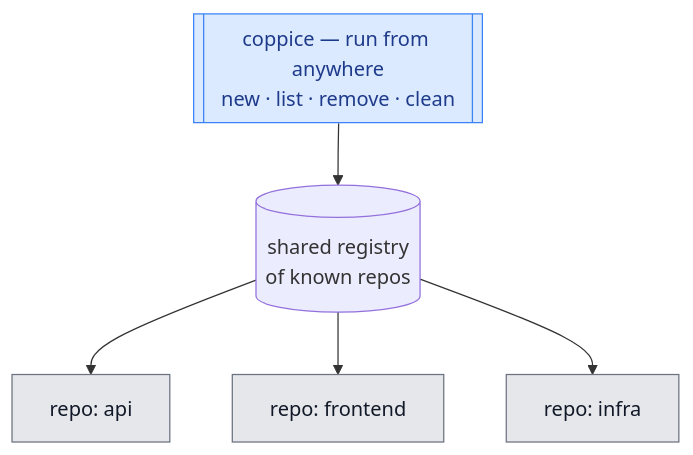
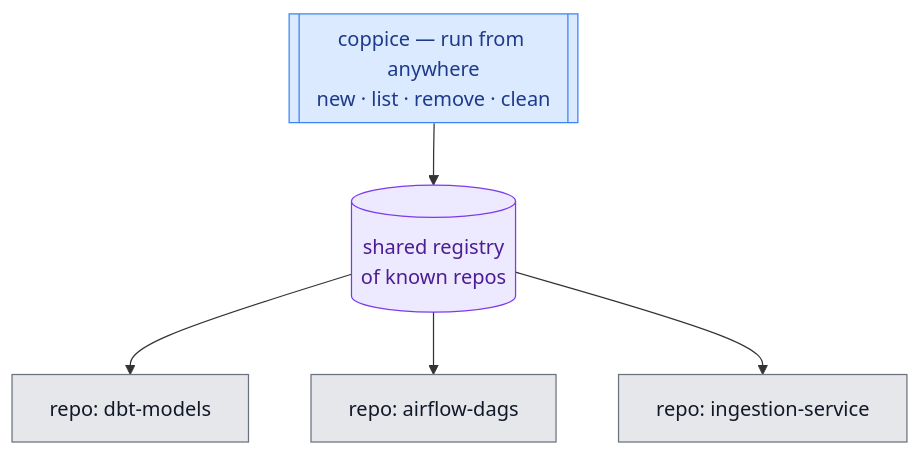
One commit to luiul/coppice changed the second of 2 diagrams in README.md. Above: the diagram before and after it, drawn with Mermaid. The commit also changed other lines of this file, not shown here.

First line of the commit message:
docs: use correct diagram shapes and data-engineering examples

````diff
--- a/README.md
+++ b/README.md
@@ -68,18 +91,20 @@
 ```mermaid
 flowchart TD
     cli[["coppice — run from anywhere<br/>new · list · remove · clean"]]
     reg[("shared registry<br/>of known repos")]
-    api["repo: api"]
-    frontend["repo: frontend"]
-    infra["repo: infra"]
+    dbt["repo: dbt-models"]
+    airflow["repo: airflow-dags"]
+    ingestion["repo: ingestion-service"]
 
     cli --> reg
-    reg --> api
-    reg --> frontend
-    reg --> infra
+    reg --> dbt
+    reg --> airflow
+    reg --> ingestion
 
     classDef cliNode fill:#dbeafe,stroke:#3b82f6,color:#1e3a8a;
     classDef repoNode fill:#e5e7eb,stroke:#6b7280,color:#111827;
+    classDef regNode fill:#ede9fe,stroke:#7c3aed,color:#4c1d95;
     class cli cliNode;
-    class api,frontend,infra repoNode;
+    class dbt,airflow,ingestion repoNode;
+    class reg regNode;
 ```
````
